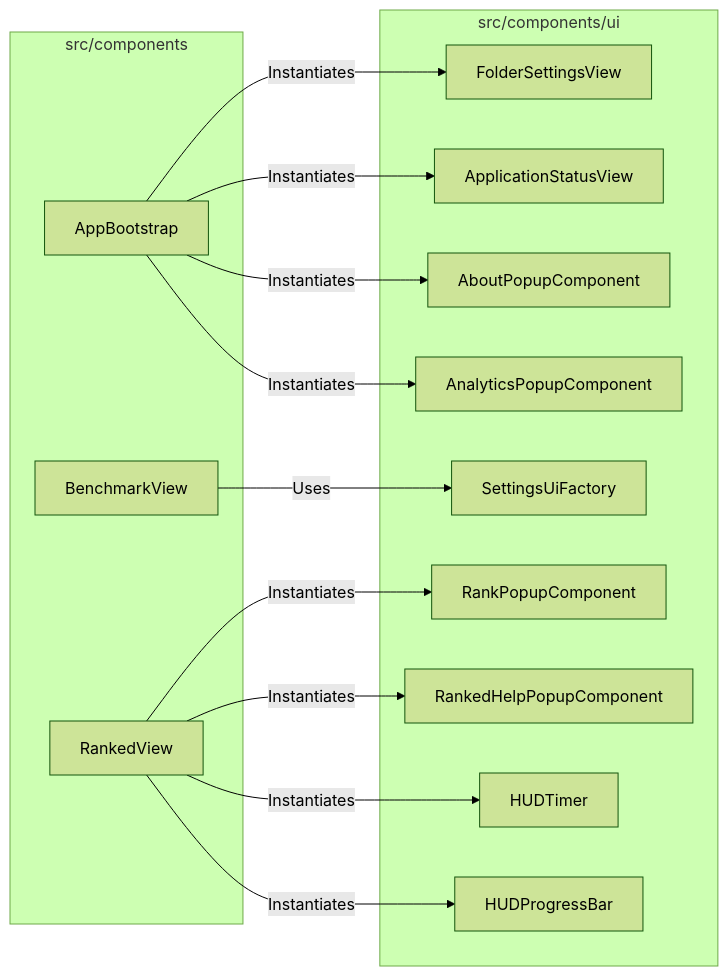
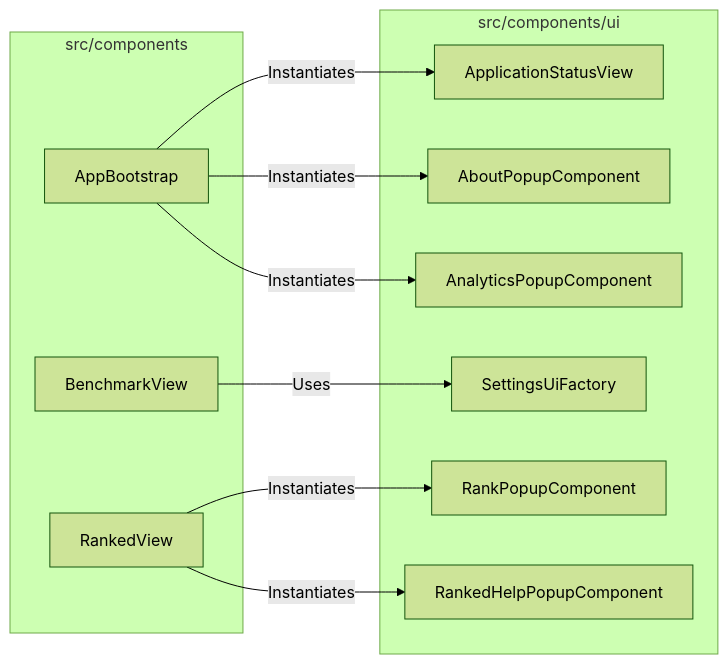
The first of 2 diagrams in src/components/ui/_docs.md (H1410101/raw_output), drawn with Mermaid (forest theme) before and after one commit. The commit also changed other lines of this file and 80 other files, not shown here.

````diff
--- a/src/components/ui/_docs.md
+++ b/src/components/ui/_docs.md
@@ -5,32 +5,26 @@
 ```mermaid
 graph LR
     subgraph "src/components"
         AppBootstrap
         BenchmarkView
         RankedView
     end
 
     subgraph "src/components/ui"
-        FolderSettingsView
         ApplicationStatusView
         AboutPopupComponent
         AnalyticsPopupComponent
         SettingsUiFactory
         RankPopupComponent
         RankedHelpPopupComponent
-        HUDTimer
-        HUDProgressBar
     end
 
-    AppBootstrap -->|Instantiates| FolderSettingsView
     AppBootstrap -->|Instantiates| ApplicationStatusView
     AppBootstrap -->|Instantiates| AboutPopupComponent
     AppBootstrap -->|Instantiates| AnalyticsPopupComponent
     
     BenchmarkView -->|Uses| SettingsUiFactory
     RankedView -->|Instantiates| RankPopupComponent
     RankedView -->|Instantiates| RankedHelpPopupComponent
     
-    RankedView -->|Instantiates| HUDTimer
-    RankedView -->|Instantiates| HUDProgressBar
 ```
````
